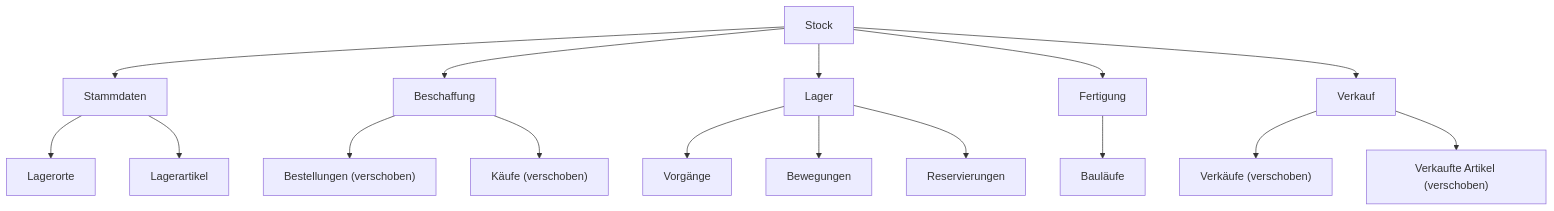
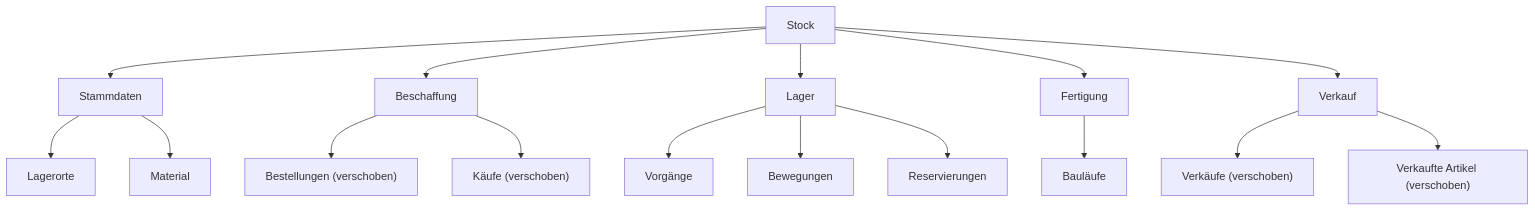
The third of 4 diagrams in docs/pakete/lager/konzept.md (sfambach/wp-taxonomy-modeler), drawn with Mermaid before and after one commit. The commit also changed other lines of this file, not shown here.

First line of the commit message:
Stock concept: Material with a free reference to the technical side replaces the stock item; where the Stock branch sits

````diff
--- a/docs/pakete/lager/konzept.md
+++ b/docs/pakete/lager/konzept.md
@@ -94,18 +114,18 @@
 ```mermaid
 flowchart TB
   ST["Stock"] --> SD["Stammdaten"]
   ST --> BE["Beschaffung"]
   ST --> LV["Lager"]
   ST --> FE["Fertigung"]
   ST --> VK["Verkauf"]
   SD --> LO["Lagerorte"]
-  SD --> LA["Lagerartikel"]
+  SD --> LA["Material"]
   BE --> BS["Bestellungen (verschoben)"]
   BE --> KA["Käufe (verschoben)"]
   LV --> VG["Vorgänge"]
   LV --> BW["Bewegungen"]
   LV --> RS["Reservierungen"]
   FE --> BL["Bauläufe"]
   VK --> VE["Verkäufe (verschoben)"]
   VK --> VA["Verkaufte Artikel (verschoben)"]
 ```
````
